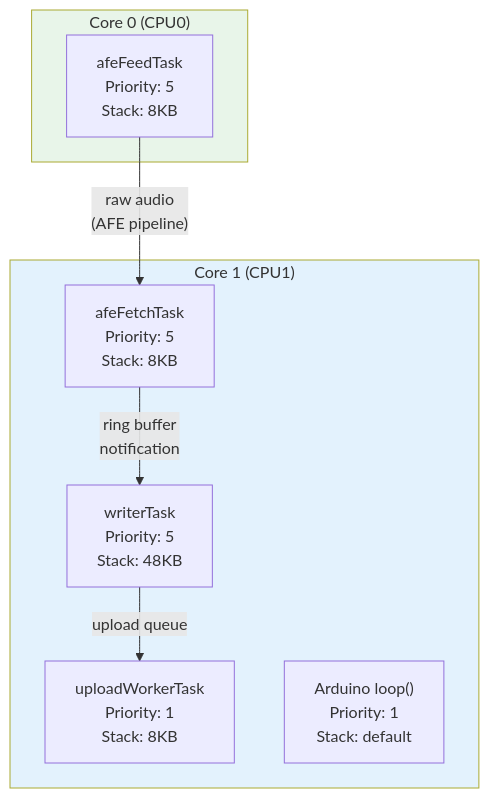
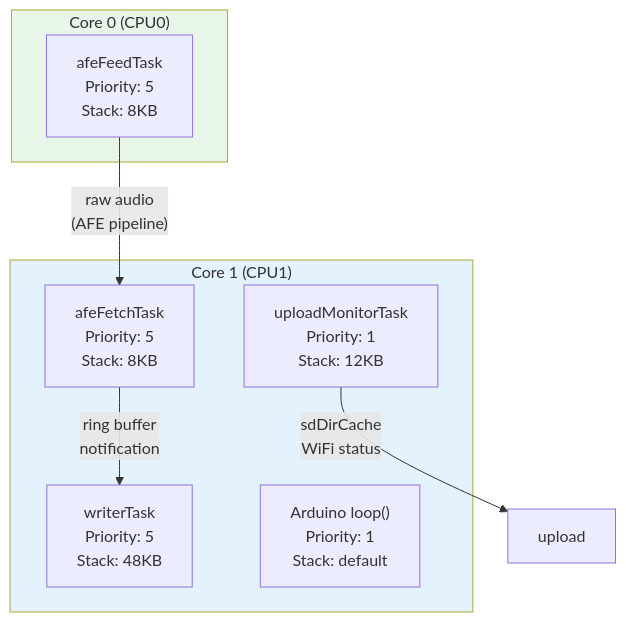
Before and after one commit to dlgreenwald/lifelog: the second of 6 diagrams in firmware-ota/ARCHITECTURE.md, drawn with Mermaid. The commit also changed other lines of this file and 5 other files, not shown here.

````diff
--- a/firmware-ota/ARCHITECTURE.md
+++ b/firmware-ota/ARCHITECTURE.md
@@ -69,20 +73,20 @@
 ```mermaid
 graph TB
     subgraph Core0["Core 0 (CPU0)"]
         feed["afeFeedTask<br/>Priority: 5<br/>Stack: 8KB"]
     end
 
     subgraph Core1["Core 1 (CPU1)"]
         fetch["afeFetchTask<br/>Priority: 5<br/>Stack: 8KB"]
         writer["writerTask<br/>Priority: 5<br/>Stack: 48KB"]
-        uploader["uploadWorkerTask<br/>Priority: 1<br/>Stack: 8KB"]
+        mon["uploadMonitorTask<br/>Priority: 1<br/>Stack: 12KB"]
         loop["Arduino loop()<br/>Priority: 1<br/>Stack: default"]
     end
 
     feed -->|"raw audio<br/>(AFE pipeline)"| fetch
     fetch -->|"ring buffer<br/>notification"| writer
-    writer -->|"upload queue"| uploader
+    mon -->|"sdDirCache<br/>WiFi status"| upload
 
     style Core0 fill:#e8f5e9
     style Core1 fill:#e3f2fd
 ```
````
